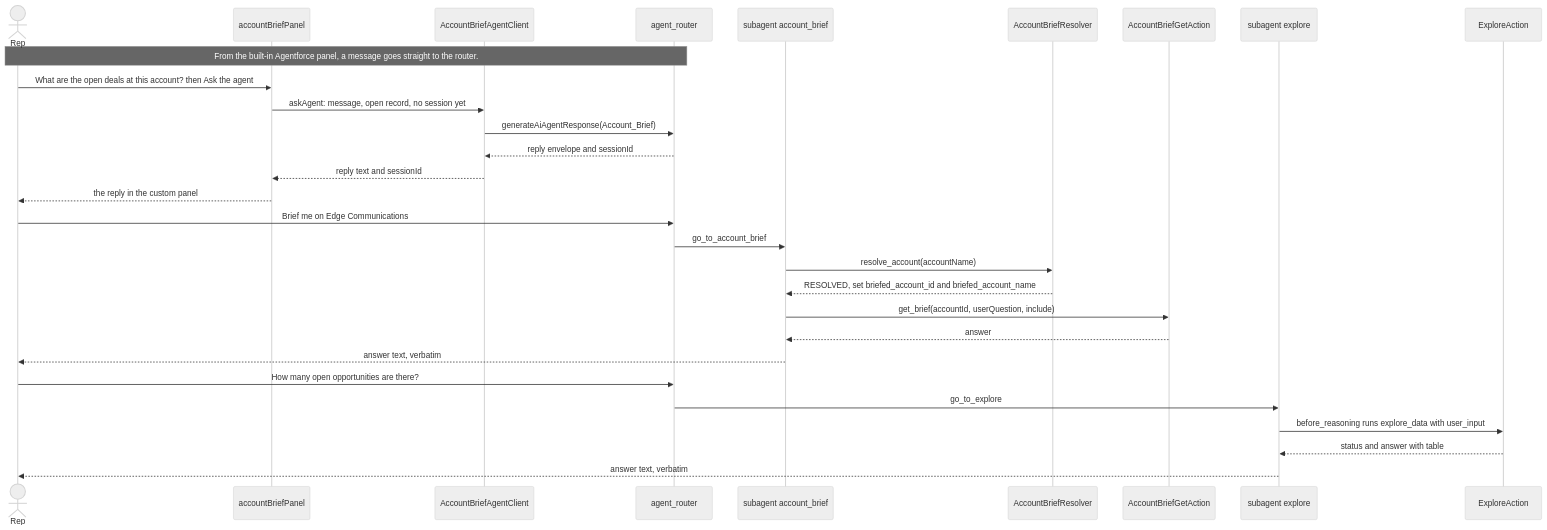
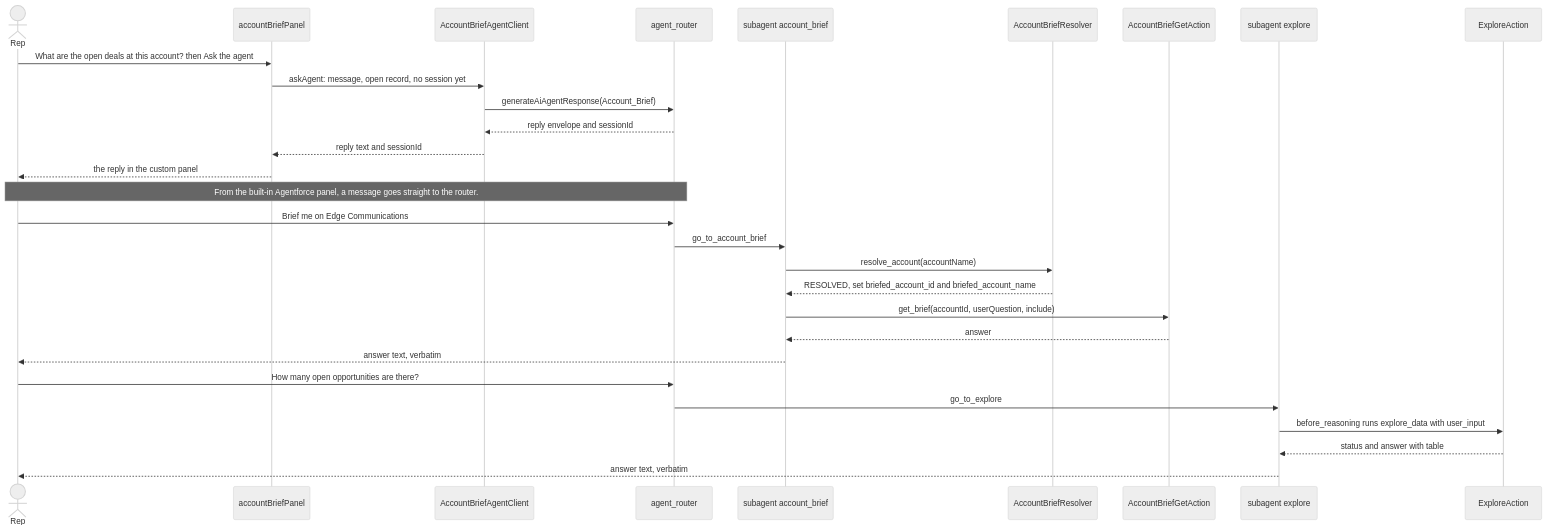
Before and after one commit to nelsben/generic-agent: the diagram in docs/patterns/06-agent-routing-and-verbatim-relay.md, drawn with Mermaid (neutral theme). The commit also changed other lines of this file and 1 other file, not shown here.

Commit message:
BE-20: research page states the measured coverage gap and shows the appended record line as code; pattern 06 note sits above the built-in panel's turns

````diff
--- a/docs/patterns/06-agent-routing-and-verbatim-relay.md
+++ b/docs/patterns/06-agent-routing-and-verbatim-relay.md
@@ -27,31 +27,31 @@
 ```mermaid
 sequenceDiagram
     actor U as Rep
     participant P as accountBriefPanel
     participant AC as AccountBriefAgentClient
     participant R as agent_router
     participant AB as subagent account_brief
     participant RA as AccountBriefResolver
     participant GA as AccountBriefGetAction
     participant EX as subagent explore
     participant EA as ExploreAction
-    Note over U,R: From the built-in Agentforce panel, a message goes straight to the router.
     U->>P: What are the open deals at this account? then Ask the agent
     P->>AC: askAgent: message, open record, no session yet
     AC->>R: generateAiAgentResponse(Account_Brief)
     R-->>AC: reply envelope and sessionId
     AC-->>P: reply text and sessionId
     P-->>U: the reply in the custom panel
+    Note over U,R: From the built-in Agentforce panel, a message goes straight to the router.
     U->>R: Brief me on Edge Communications
     R->>AB: go_to_account_brief
     AB->>RA: resolve_account(accountName)
     RA-->>AB: RESOLVED, set briefed_account_id and briefed_account_name
     AB->>GA: get_brief(accountId, userQuestion, include)
     GA-->>AB: answer
     AB-->>U: answer text, verbatim
     U->>R: How many open opportunities are there?
     R->>EX: go_to_explore
     EX->>EA: before_reasoning runs explore_data with user_input
     EA-->>EX: status and answer with table
     EX-->>U: answer text, verbatim
 ```
````
